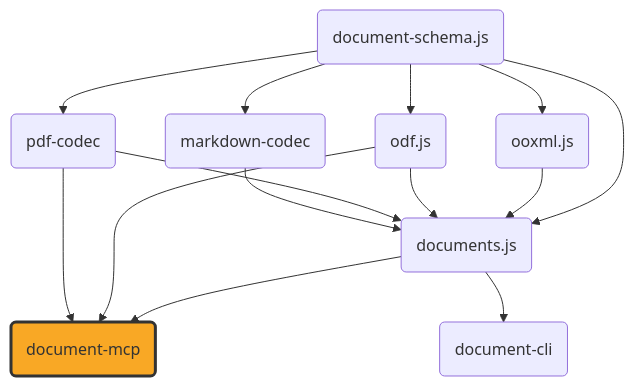
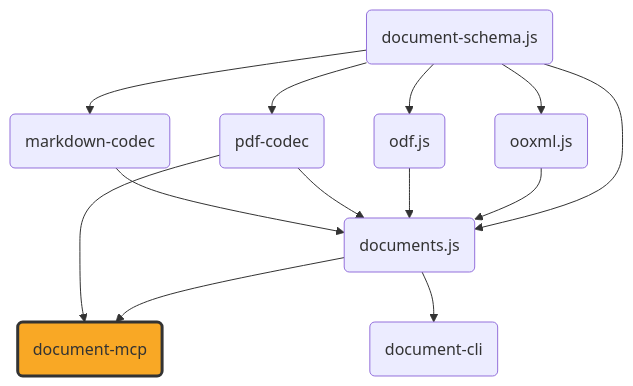
Before and after one commit to ExaDev/documents.js: the diagram in packages/document-mcp/README.md, drawn with Mermaid.

Commit message:
docs: remove false odf.js runtime-dependency edge from architecture diagram
odf.js is a devDependency only (used exclusively in src/test-support/*
fixtures), never imported by src/tools/*.ts or src/io/*.ts at runtime.
decodeOdbPackage and decodePackage are consumed from documents.js's own
re-exports instead. The mermaid diagram's `odf --> mcp` edge implied
otherwise.

````diff
--- a/packages/document-mcp/README.md
+++ b/packages/document-mcp/README.md
@@ -9,36 +9,35 @@
 ```mermaid
 graph TD
     schema("document-schema.js")
     ooxml("ooxml.js")
     odf("odf.js")
     pdfcodec("pdf-codec")
     mdcodec("markdown-codec")
     documents("documents.js")
     mcp("document-mcp")
     cli("document-cli")
 
     schema --> ooxml
     schema --> odf
     schema --> pdfcodec
     schema --> mdcodec
     schema --> documents
     ooxml --> documents
     odf --> documents
     pdfcodec --> documents
     mdcodec --> documents
     documents --> mcp
-    odf --> mcp
     pdfcodec --> mcp
     documents --> cli
 
     click schema "https://github.com/ExaDev/document-schema.js" "document-schema.js"
     click ooxml "https://github.com/ExaDev/ooxml.js" "ooxml.js"
     click odf "https://github.com/ExaDev/odf.js" "odf.js"
     click pdfcodec "https://github.com/ExaDev/pdf-codec" "pdf-codec"
     click mdcodec "https://github.com/ExaDev/markdown-codec" "markdown-codec"
     click documents "https://github.com/ExaDev/documents.js" "documents.js"
     click mcp "https://github.com/ExaDev/document-mcp" "document-mcp"
     click cli "https://github.com/ExaDev/document-cli" "document-cli"
 
     style mcp fill:#f9a825,stroke:#333,stroke-width:3px
 ```
````
